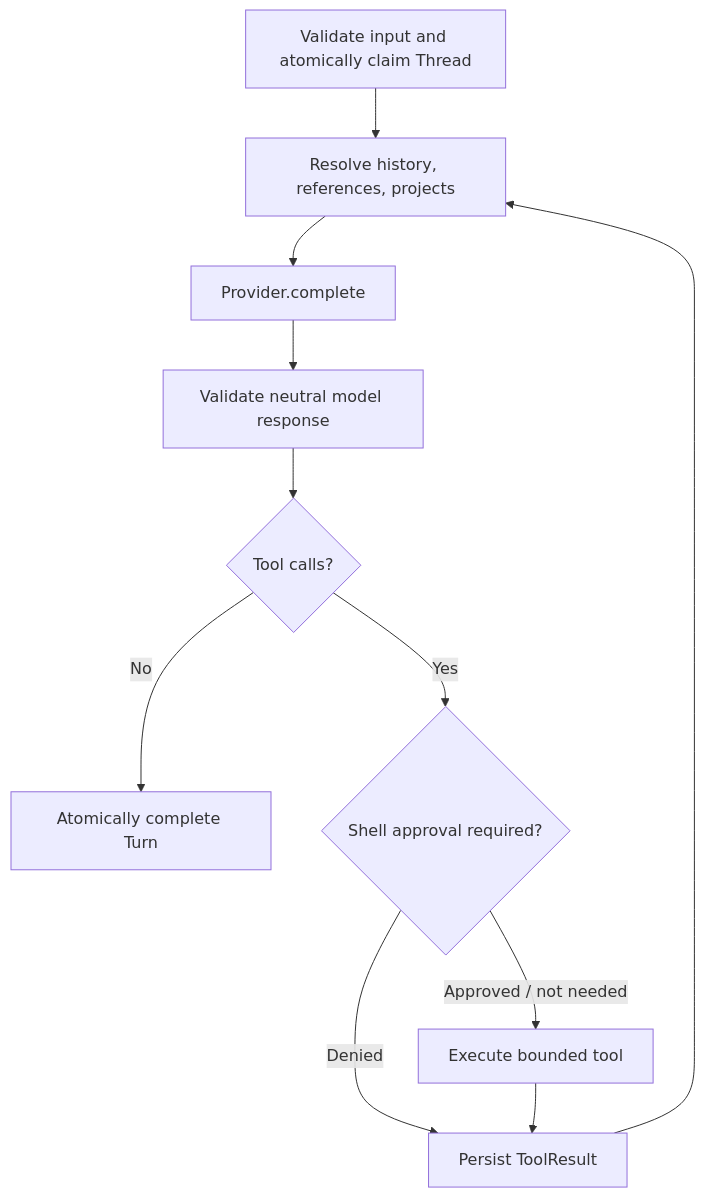
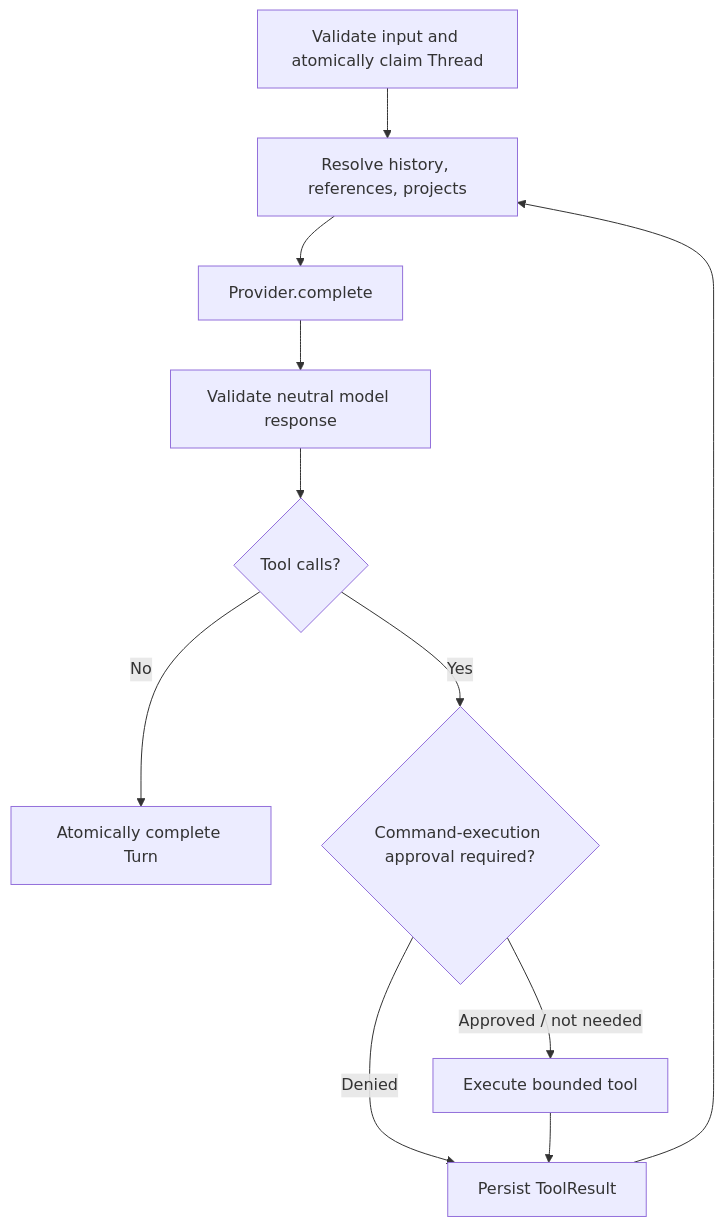
Before and after one commit to jianliang00/kody: the third of 3 diagrams in docs/architecture.md, drawn with Mermaid. The commit also changed other lines of this file and 44 other files, not shown here.

````diff
--- a/docs/architecture.md
+++ b/docs/architecture.md
@@ -45,13 +54,13 @@
 ```mermaid
 flowchart TD
     Prepare["Validate input and atomically claim Thread"] --> Context["Resolve history, references, projects"]
     Context --> Model["Provider.complete"]
     Model --> Validate["Validate neutral model response"]
     Validate --> Calls{"Tool calls?"}
     Calls -->|No| Complete["Atomically complete Turn"]
-    Calls -->|Yes| Approval{"Shell approval required?"}
+    Calls -->|Yes| Approval{"Command-execution approval required?"}
     Approval -->|Denied| Observation["Persist denied ToolResult"]
     Approval -->|Approved / not needed| Execute["Execute bounded tool"]
     Execute --> Observation["Persist ToolResult"]
     Observation --> Context
 ```
````
